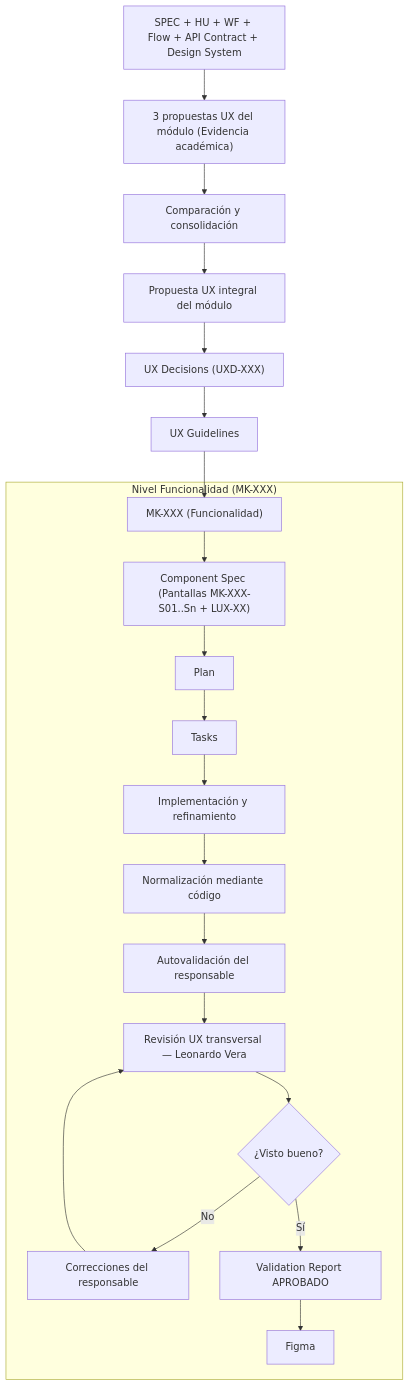
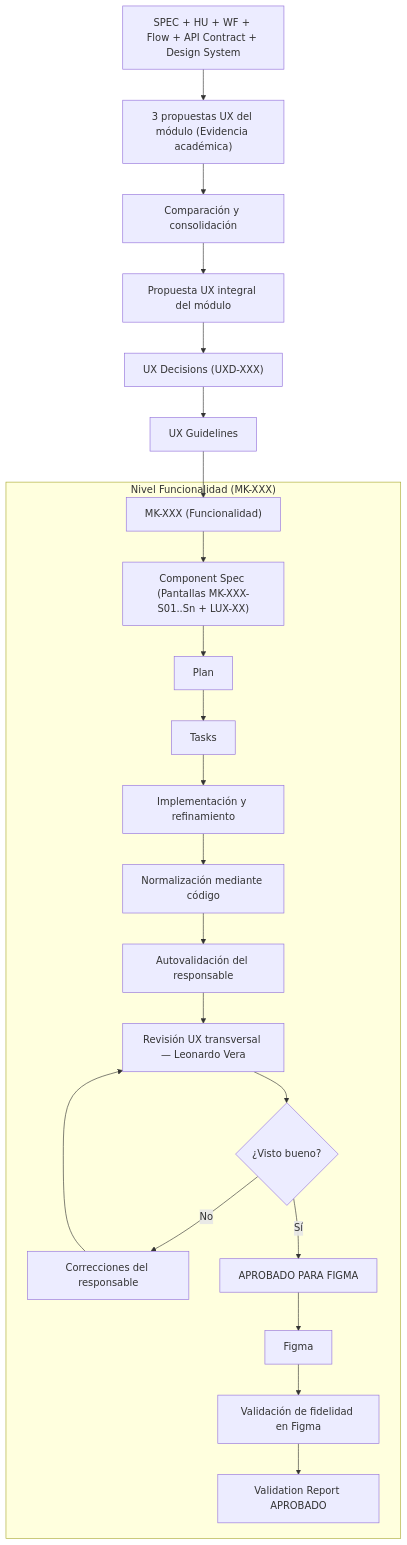
Before and after one commit to Taller-SW-Web/G6-Productos-Ofertas-docs: the diagram in mockups/README.md, drawn with Mermaid. The commit also changed other lines of this file and 4 other files, not shown here.

````diff
--- a/mockups/README.md
+++ b/mockups/README.md
@@ -66,44 +66,48 @@
 ```mermaid
 flowchart TD
     A["SPEC + HU + WF + Flow + API Contract + Design System"]
     B["3 propuestas UX del módulo (Evidencia académica)"]
     C["Comparación y consolidación"]
     D["Propuesta UX integral del módulo"]
     E["UX Decisions (UXD-XXX)"]
     F["UX Guidelines"]
 
     A --> B
     B --> C
     C --> D
     D --> E
     E --> F
 
     subgraph Funcionalidad["Nivel Funcionalidad (MK-XXX)"]
         G["MK-XXX (Funcionalidad)"]
         H["Component Spec (Pantallas MK-XXX-S01..Sn + LUX-XX)"]
         I["Plan"]
         J["Tasks"]
         K["Implementación y refinamiento"]
         L["Normalización mediante código"]
         M["Autovalidación del responsable"]
         N["Revisión UX transversal — Leonardo Vera"]
         O{"¿Visto bueno?"}
         P["Correcciones del responsable"]
-        Q["Validation Report APROBADO"]
+        Q["APROBADO PARA FIGMA"]
         R["Figma"]
+        S["Validación de fidelidad en Figma"]
+        T["Validation Report APROBADO"]
     end
 
     F --> G
     G --> H
     H --> I
     I --> J
     J --> K
     K --> L
     L --> M
     M --> N
     N --> O
     O -- "No" --> P
     P --> N
     O -- "Sí" --> Q
     Q --> R
+    R --> S
+    S --> T
 ```
````
